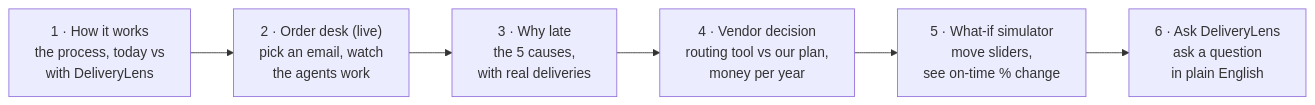
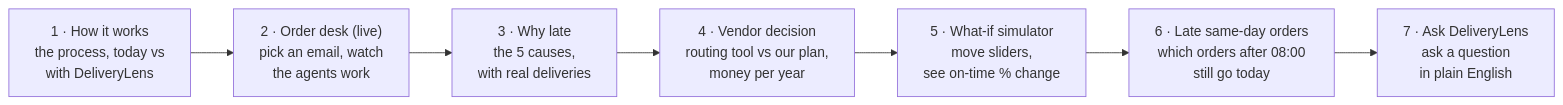
Before and after one commit to saimuthiki/halcyon-deliverylens: the fourth of 4 diagrams in docs/00-START-HERE.md, drawn with Mermaid. The commit also changed other lines of this file and 57 other files, not shown here.

First line of the commit message:
Add late same-day order rules, human approval, recovery plans and complaint search

````diff
--- a/docs/00-START-HERE.md
+++ b/docs/00-START-HERE.md
@@ -122,8 +129,9 @@
 ```mermaid
 flowchart LR
   S1["1 · How it works<br/>the process, today vs<br/>with DeliveryLens"] --> S2["2 · Order desk (live)<br/>pick an email, watch<br/>the agents work"]
   S2 --> S3["3 · Why late<br/>the 5 causes,<br/>with real deliveries"]
   S3 --> S4["4 · Vendor decision<br/>routing tool vs our plan,<br/>money per year"]
   S4 --> S5["5 · What-if simulator<br/>move sliders,<br/>see on-time % change"]
-  S5 --> S6["6 · Ask DeliveryLens<br/>ask a question<br/>in plain English"]
+  S5 --> S5b["6 · Late same-day orders<br/>which orders after 08:00<br/>still go today"]
+  S5b --> S6["7 · Ask DeliveryLens<br/>ask a question<br/>in plain English"]
 ```
````
